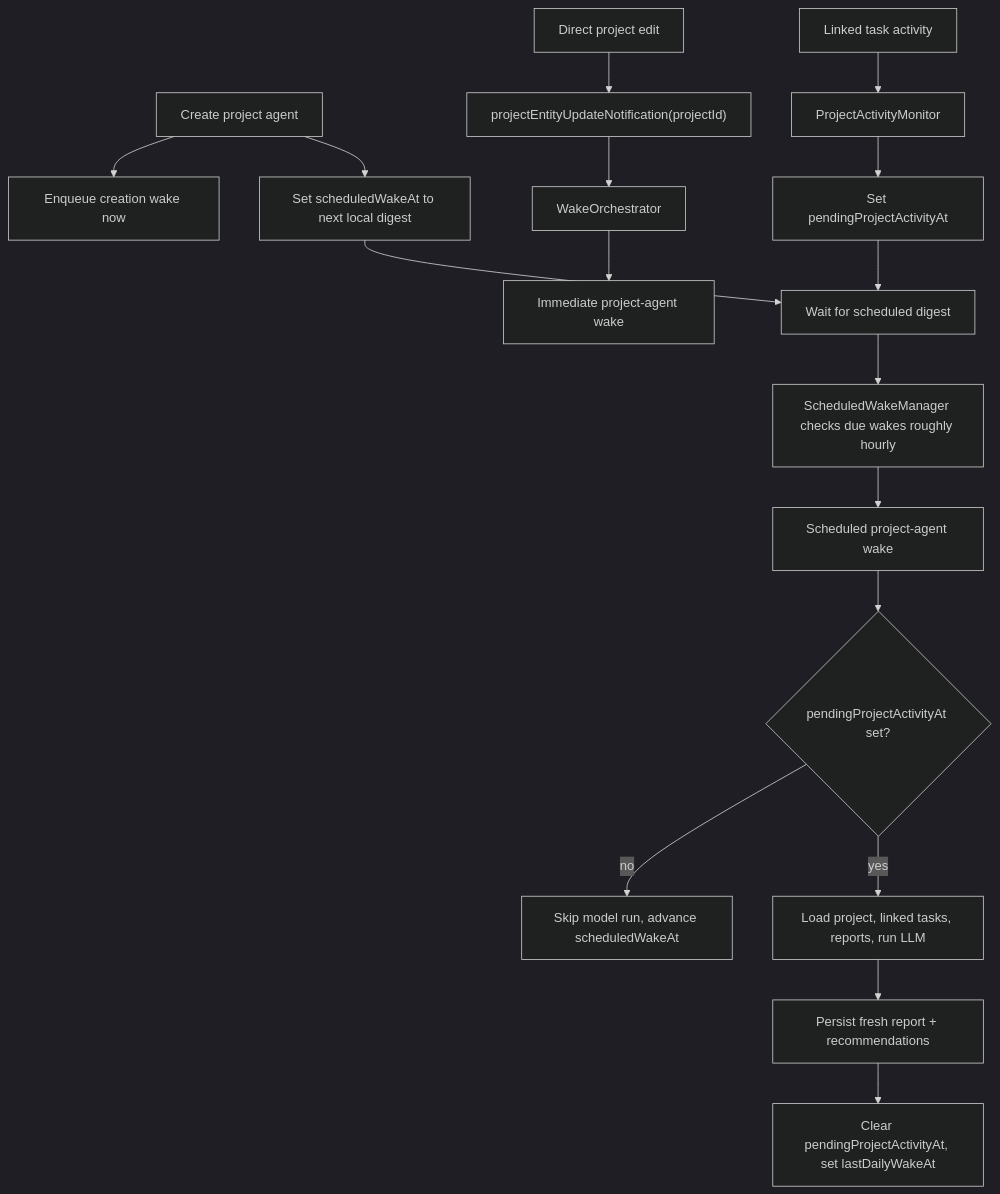
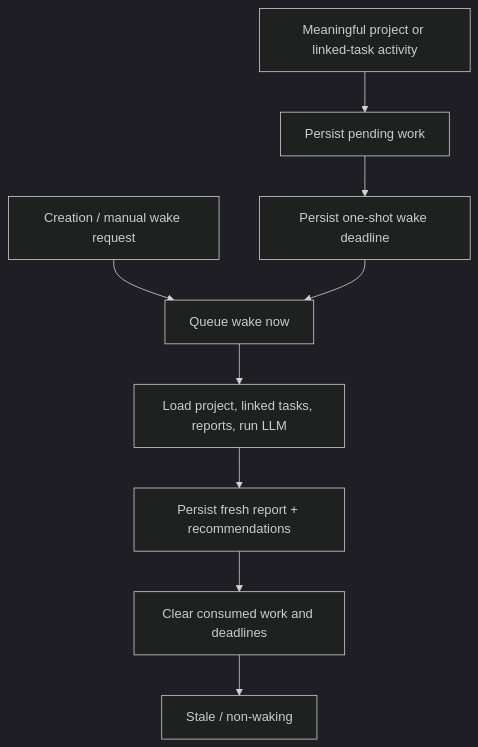
Before and after one commit to matthiasn/lotti: the fifth of 5 diagrams in knowledge/features/projects.md, drawn with Mermaid (dark theme). The commit also changed other lines of this file and 7 other files, not shown here.

Commit message:
fix: close project wake scheduling races

````diff
--- a/knowledge/features/projects.md
+++ b/knowledge/features/projects.md
@@ -187,23 +189,11 @@
 ```mermaid
 flowchart TD
-  Create["Create project agent"] --> CreationWake["Enqueue creation wake now"]
-  Create --> NextDigest["Set scheduledWakeAt to next local digest"]
-
-  DirectEdit["Direct project edit"] --> DirectSub["projectEntityUpdateNotification(projectId)"]
-  DirectSub --> Orchestrator["WakeOrchestrator"]
-  Orchestrator --> ImmediateWake["Immediate project-agent wake"]
-
-  TaskActivity["Linked task activity"] --> Monitor["ProjectActivityMonitor"]
-  Monitor --> Mark["Set pendingProjectActivityAt"]
-  Mark --> Due["Wait for scheduled digest"]
-
-  NextDigest --> Due
-  Due --> Scheduler["ScheduledWakeManager checks due wakes roughly hourly"]
-  Scheduler --> ScheduledWake["Scheduled project-agent wake"]
-
-  ScheduledWake --> Stale{"pendingProjectActivityAt set?"}
-  Stale -->|no| Skip["Skip model run, advance scheduledWakeAt"]
-  Stale -->|yes| FullRun["Load project, linked tasks, reports, run LLM"]
+  Activity["Meaningful project or linked-task activity"] --> Pending["Persist pending work"]
+  Request["Creation / manual wake request"] --> Queue["Queue wake now"]
+  Pending --> Deferred["Persist one-shot wake deadline"]
+  Deferred --> Queue
+  Queue --> FullRun["Load project, linked tasks, reports, run LLM"]
   FullRun --> Persist["Persist fresh report + recommendations"]
-  Persist --> Clear["Clear pendingProjectActivityAt, set lastDailyWakeAt"]
+  Persist --> Clear["Clear consumed work and deadlines"]
+  Clear --> Stale["Stale / non-waking"]
 ```
````
